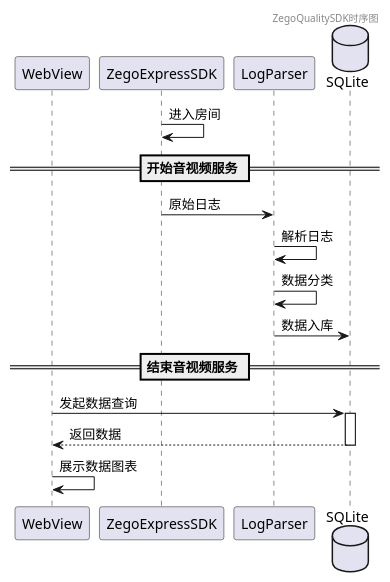
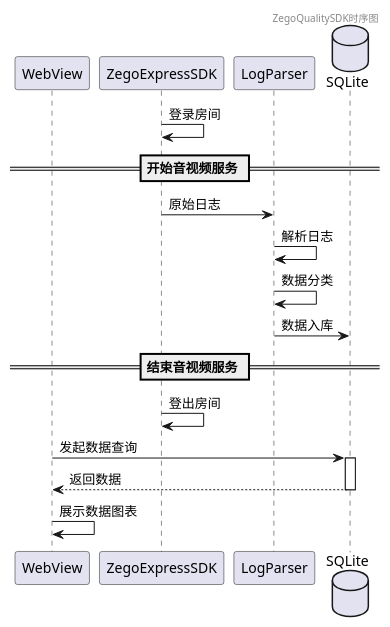
The diagram in ZegoQualitySDK/ZegoQualitySDK时序图/ZegoQualitySDK时序图.wsd (vicwan/QualityPrivate), drawn with PlantUML before and after one commit. The commit also changed 10 other files, not shown here.

```diff
--- a/ZegoQualitySDK/ZegoQualitySDK时序图/ZegoQualitySDK时序图.wsd
+++ b/ZegoQualitySDK/ZegoQualitySDK时序图/ZegoQualitySDK时序图.wsd
@@ -3,29 +3,30 @@
 @startuml
 
 header ZegoQualitySDK时序图
 
 participant WebView as Web
 participant ZegoExpressSDK as E
 participant LogParser as Parser
 database SQLite as DB
 
 
-E -> E : 进入房间
+E -> E : 登录房间
 
 == 开始音视频服务 ==
 
 E -> Parser : 原始日志
 Parser -> Parser : 解析日志
 Parser -> Parser : 数据分类
 Parser -> DB : 数据入库
 
 == 结束音视频服务 ==
+E -> E : 登出房间
 
 Web -> DB : 发起数据查询
 activate DB
 DB --> Web : 返回数据
 deactivate DB
 Web -> Web : 展示数据图表
 
 
 @enduml
```
